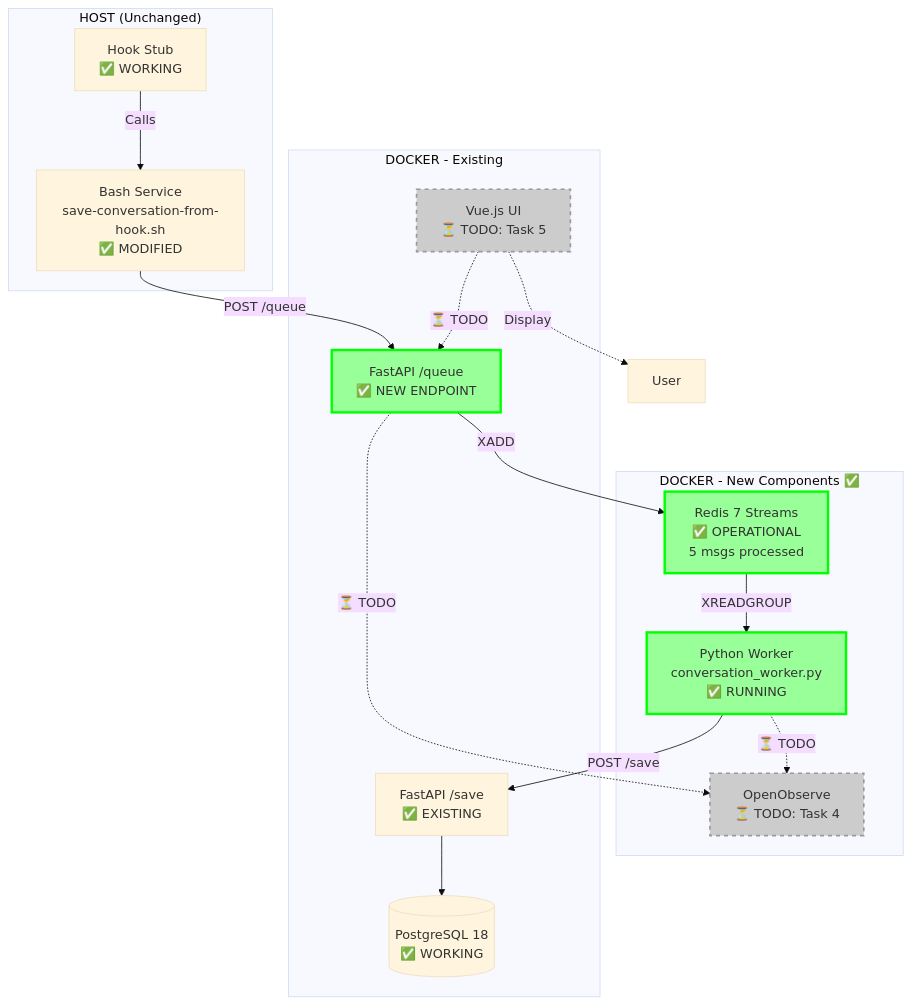
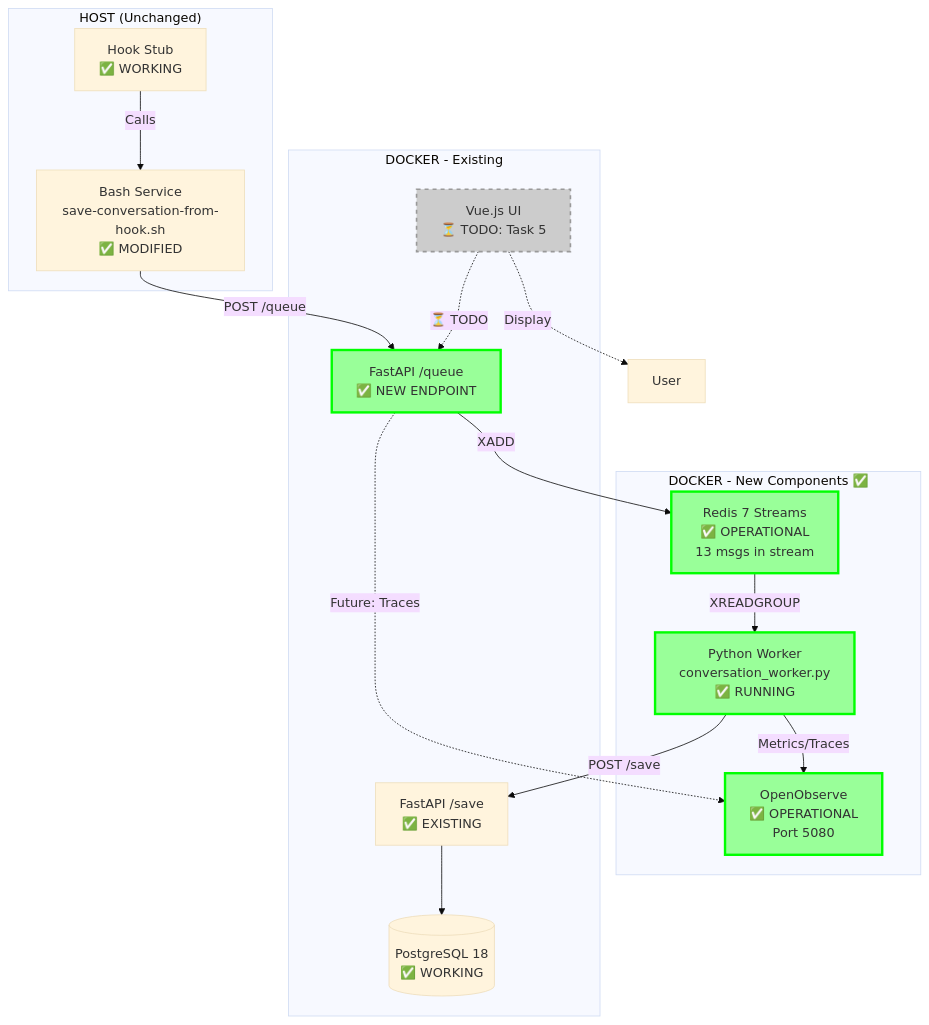
One commit to giak/mnemo-lite changed the third of 5 diagrams in docs/plans/2025-11-12-autosave-reliability-queue.md. Above: the diagram before and after it, drawn with Mermaid (base theme). The commit also changed other lines of this file, not shown here.

First line of the commit message:
docs(TASK-4): Update plan with latest verification results and diagrams

````diff
--- a/docs/plans/2025-11-12-autosave-reliability-queue.md
+++ b/docs/plans/2025-11-12-autosave-reliability-queue.md
@@ -209,38 +215,38 @@
 ```mermaid
 graph TB
     subgraph "HOST (Unchanged)"
         Stub[Hook Stub<br/>✅ WORKING]
         Service[Bash Service<br/>save-conversation-from-hook.sh<br/>✅ MODIFIED]
     end
 
     subgraph "DOCKER - New Components ✅"
-        Redis[Redis 7 Streams<br/>✅ OPERATIONAL<br/>5 msgs processed]
+        Redis[Redis 7 Streams<br/>✅ OPERATIONAL<br/>13 msgs in stream]
         Worker[Python Worker<br/>conversation_worker.py<br/>✅ RUNNING]
-        OpenObserve[OpenObserve<br/>⏳ TODO: Task 4]
+        OpenObserve[OpenObserve<br/>✅ OPERATIONAL<br/>Port 5080]
     end
 
     subgraph "DOCKER - Existing"
         QueueAPI[FastAPI /queue<br/>✅ NEW ENDPOINT]
         SaveAPI[FastAPI /save<br/>✅ EXISTING]
         DB[(PostgreSQL 18<br/>✅ WORKING)]
         UI[Vue.js UI<br/>⏳ TODO: Task 5]
     end
 
     Stub -->|Calls| Service
     Service -->|POST /queue| QueueAPI
     QueueAPI -->|XADD| Redis
     Redis -->|XREADGROUP| Worker
     Worker -->|POST /save| SaveAPI
     SaveAPI --> DB
 
-    Worker -.->|⏳ TODO| OpenObserve
-    QueueAPI -.->|⏳ TODO| OpenObserve
+    Worker -->|Metrics/Traces| OpenObserve
+    QueueAPI -.->|Future: Traces| OpenObserve
     UI -.->|⏳ TODO| QueueAPI
     UI -.->|Display| User[User]
 
     style Redis fill:#9f9,stroke:#0f0,stroke-width:3px
     style Worker fill:#9f9,stroke:#0f0,stroke-width:3px
     style QueueAPI fill:#9f9,stroke:#0f0,stroke-width:3px
-    style OpenObserve fill:#ccc,stroke:#999,stroke-width:2px,stroke-dasharray: 5 5
+    style OpenObserve fill:#9f9,stroke:#0f0,stroke-width:3px
     style UI fill:#ccc,stroke:#999,stroke-width:2px,stroke-dasharray: 5 5
 ```
````
